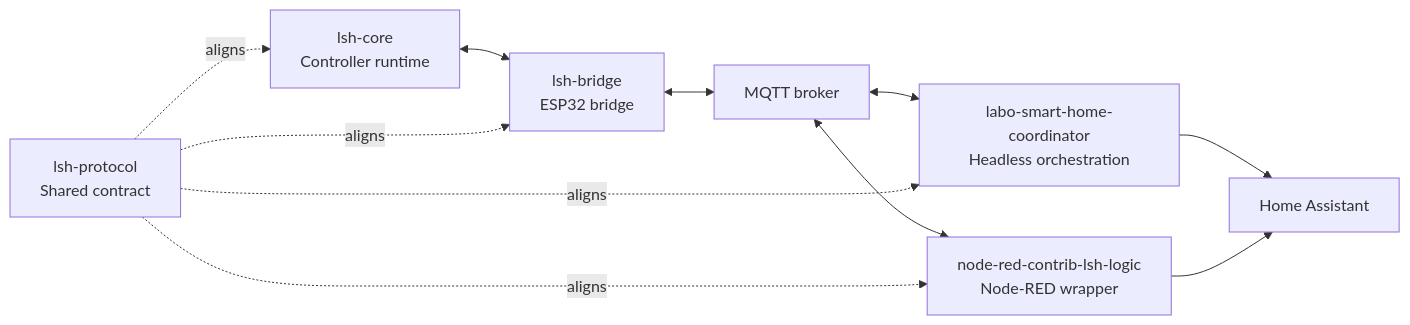
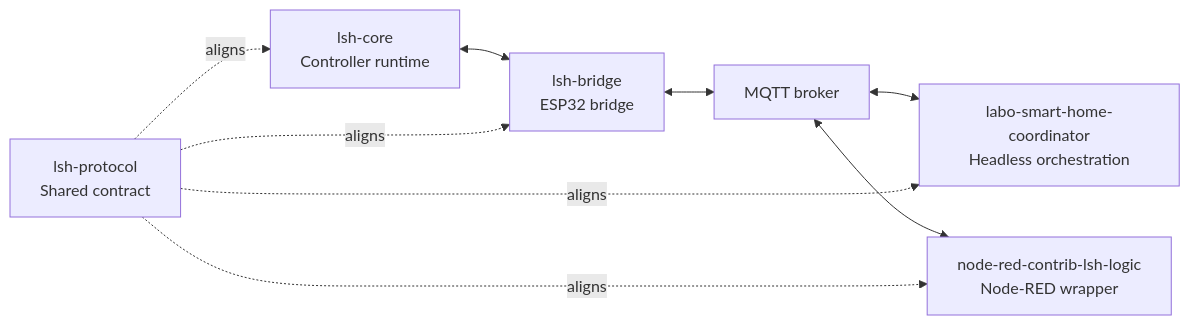
One commit to labodj/labo-smart-home changed the diagram in GETTING_STARTED.md. Above: the diagram before and after it, drawn with Mermaid. The commit also changed other lines of this file and 7 other files, not shown here.

````diff
--- a/GETTING_STARTED.md
+++ b/GETTING_STARTED.md
@@ -19,13 +19,11 @@
 ```mermaid
 graph LR
   Core["lsh-core<br/>Controller runtime"] <--> Bridge["lsh-bridge<br/>ESP32 bridge"]
   Bridge <--> Broker["MQTT broker"]
   Broker <--> Logic["labo-smart-home-coordinator<br/>Headless orchestration"]
   Broker <--> NodeRed["node-red-contrib-lsh-logic<br/>Node-RED wrapper"]
-  Logic --> HA["Home Assistant"]
-  NodeRed --> HA
   Protocol["lsh-protocol<br/>Shared contract"] -. aligns .-> Core
   Protocol -. aligns .-> Bridge
   Protocol -. aligns .-> Logic
   Protocol -. aligns .-> NodeRed
 ```
````
